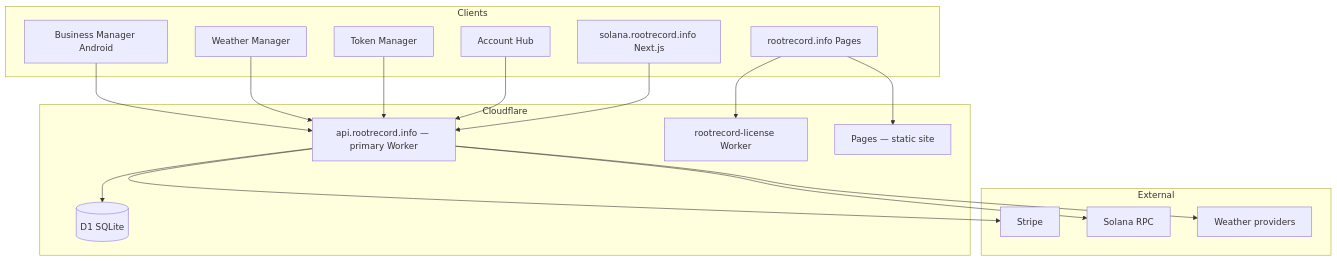
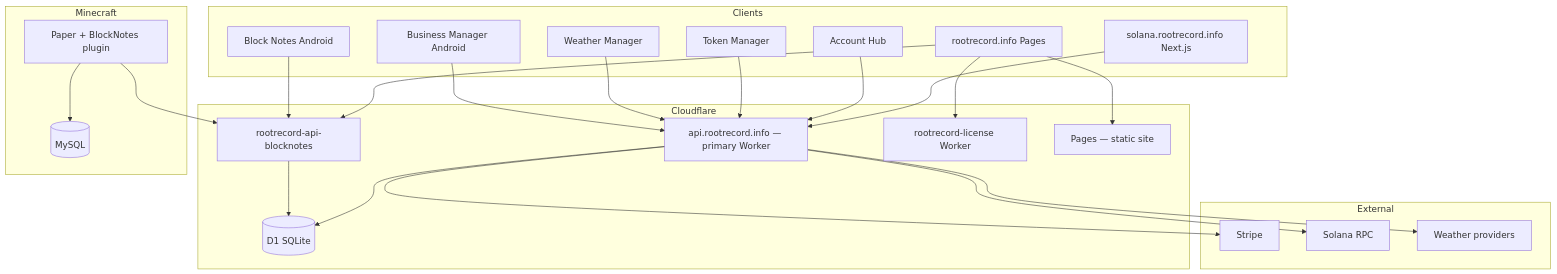
One commit to rootrecordsoftwaresolutions/mirror-rootrecord-monorepo changed the diagram in Doc-Repo/docs/10-deep-dives/architecture-map.md. Above: the diagram before and after it, drawn with Mermaid. The commit also changed 570 other files, not shown here.

````diff
--- a/Doc-Repo/docs/10-deep-dives/architecture-map.md
+++ b/Doc-Repo/docs/10-deep-dives/architecture-map.md
@@ -5,36 +5,48 @@
 ```mermaid
 flowchart TB
   subgraph clients [Clients]
     BM[Business Manager Android]
     WM[Weather Manager]
     TM[Token Manager]
     AH[Account Hub]
+    BN[Block Notes Android]
     WEB[rootrecord.info Pages]
     SOL[solana.rootrecord.info Next.js]
   end
 
   subgraph cf [Cloudflare]
     API[api.rootrecord.info — primary Worker]
+    BNAPI[rootrecord-api-blocknotes]
     LIC[rootrecord-license Worker]
     PAGES[Pages — static site]
     D1[(D1 SQLite)]
+  end
+
+  subgraph mc [Minecraft]
+    PAPER[Paper + BlockNotes plugin]
+    MYSQL[(MySQL)]
   end
 
   subgraph external [External]
     STRIPE[Stripe]
     RPC[Solana RPC]
     PROV[Weather providers]
   end
 
   BM --> API
   WM --> API
   TM --> API
   AH --> API
+  BN --> BNAPI
+  PAPER --> BNAPI
+  PAPER --> MYSQL
   WEB --> LIC
   WEB --> PAGES
+  WEB --> BNAPI
+  BNAPI --> D1
   API --> D1
   API --> STRIPE
   API --> PROV
   API --> RPC
   SOL --> API
 ```
````
